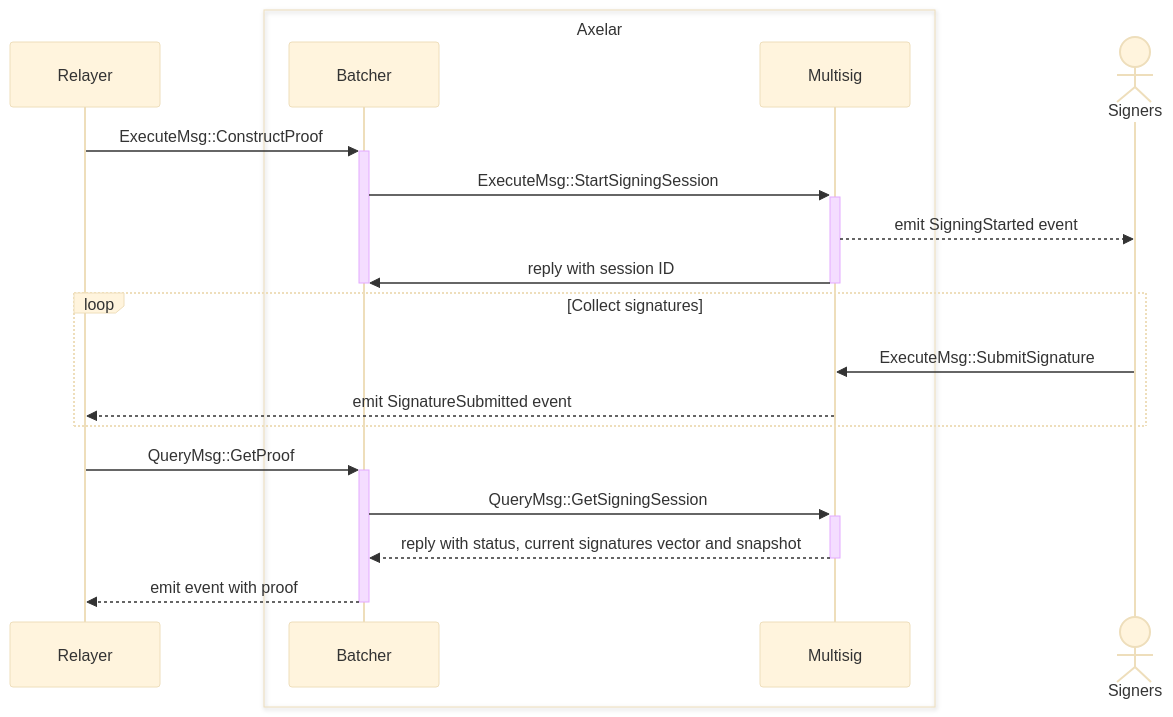
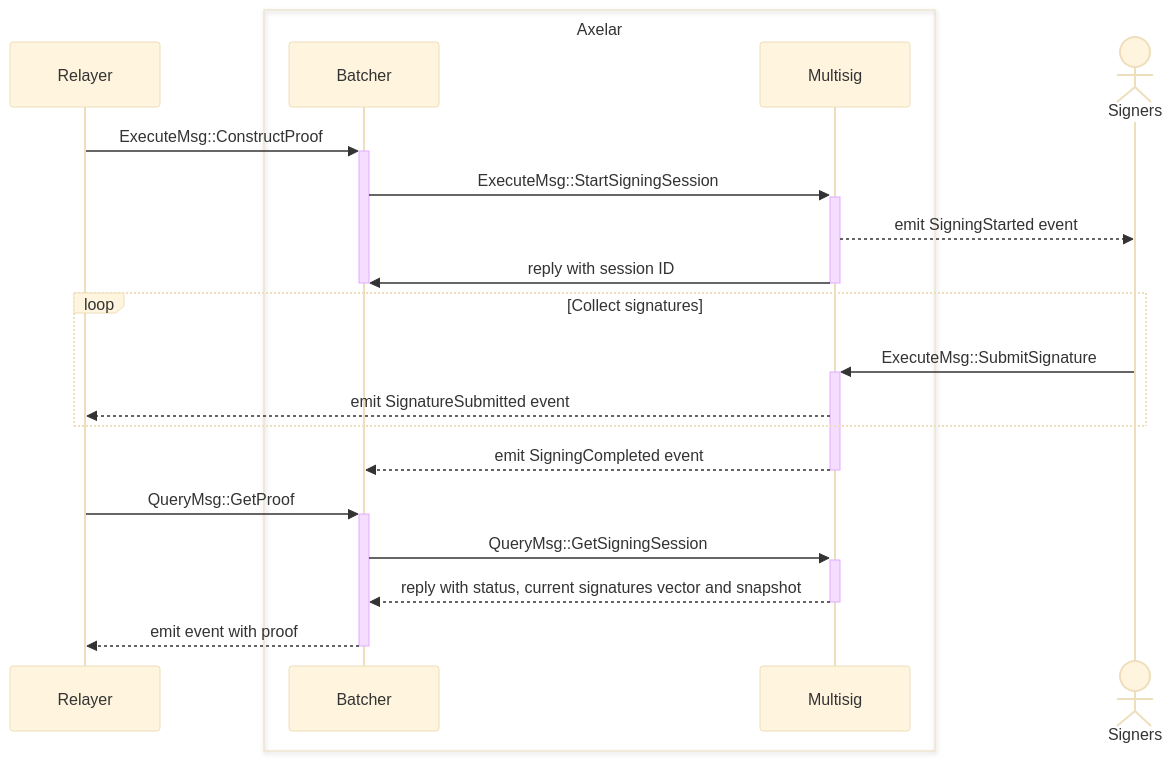
One commit to axelarnetwork/axelar-amplifier changed the second of 2 diagrams in contracts/multisig/README.md. Above: the diagram before and after it, drawn with Mermaid (base theme).

Commit message:
Added SigningCompleted in sequence diagram

````diff
--- a/contracts/multisig/README.md
+++ b/contracts/multisig/README.md
@@ -26,25 +26,26 @@
 ```mermaid
 sequenceDiagram
 participant Relayer
 box Axelar
 participant Batcher
 participant Multisig
 end
 actor Signers
 
 
 Relayer->>+Batcher: ExecuteMsg::ConstructProof
 Batcher->>+Multisig: ExecuteMsg::StartSigningSession
 Multisig-->>Signers: emit SigningStarted event
 Multisig->>-Batcher: reply with session ID
 deactivate Batcher
 loop Collect signatures
-  Signers->>Multisig: ExecuteMsg::SubmitSignature
+  Signers->>+Multisig: ExecuteMsg::SubmitSignature
   Multisig-->>Relayer: emit SignatureSubmitted event
 end
+Multisig-->>-Batcher: emit SigningCompleted event
 Relayer->>+Batcher: QueryMsg::GetProof
 Batcher->>+Multisig: QueryMsg::GetSigningSession
 Multisig-->>-Batcher: reply with status, current signatures vector and snapshot
 Batcher-->>-Relayer: emit event with proof
 
 ```
````
